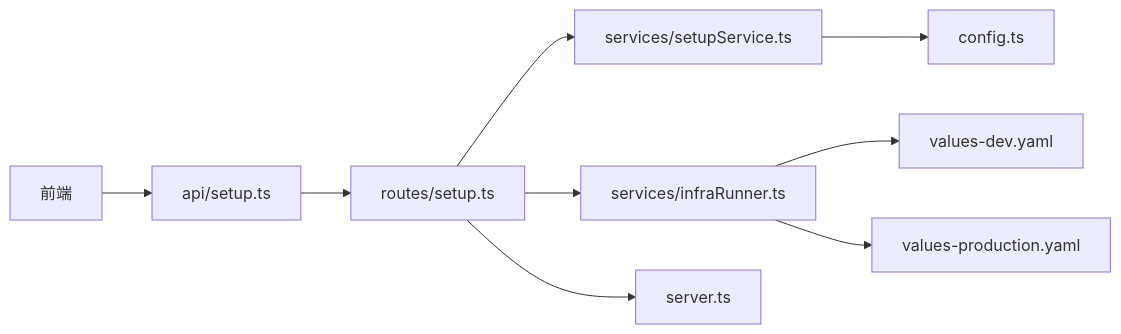
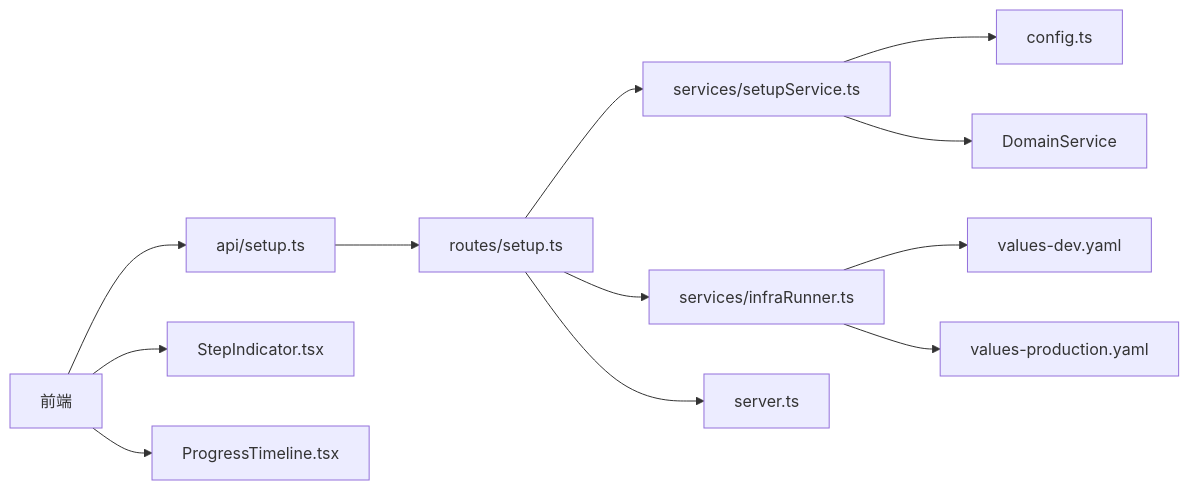
The ninth of 9 diagrams in .qoder/repowiki/zh/content/后端服务详解/设置服务模块.md (RabbitAI-Lab/Sandbox-Manager), drawn with Mermaid before and after one commit. The commit also changed other lines of this file and 15 other files, not shown here.

````diff
--- a/.qoder/repowiki/zh/content/后端服务详解/设置服务模块.md
+++ b/.qoder/repowiki/zh/content/后端服务详解/设置服务模块.md
@@ -335,11 +411,14 @@
 ```mermaid
 graph LR
 FE["前端"] --> API["api/setup.ts"]
 API --> ROUTE["routes/setup.ts"]
 ROUTE --> SETUP["services/setupService.ts"]
 ROUTE --> INFRA["services/infraRunner.ts"]
 SETUP --> CFG["config.ts"]
+SETUP --> DOMAINSVC["DomainService"]
 ROUTE --> SRV["server.ts"]
 INFRA --> VALUES_DEV["values-dev.yaml"]
 INFRA --> VALUES_PROD["values-production.yaml"]
+FE --> STEPINDICATOR["StepIndicator.tsx"]
+FE --> PROGRESSTIMELINE["ProgressTimeline.tsx"]
 ```
````
